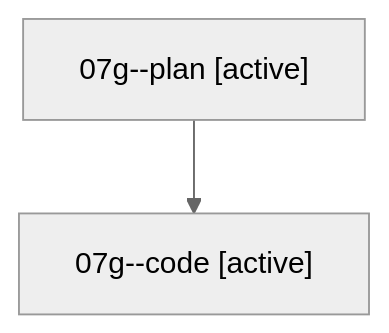
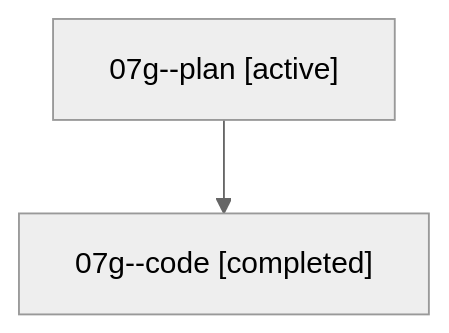
The diagram in families/bbugyi200.athena.07g.md (sase-org/sase--agents), drawn with Mermaid (neutral theme) before and after one commit. The commit also changed other lines of this file and 35830 other files, not shown here.

````diff
--- a/families/bbugyi200.athena.07g.md
+++ b/families/bbugyi200.athena.07g.md
@@ -9,6 +9,6 @@
 ```mermaid
 flowchart TD
   n0["07g--plan [active]"]
-  n1["07g--code [active]"]
+  n1["07g--code [completed]"]
   n0 --> n1
 ```
````
